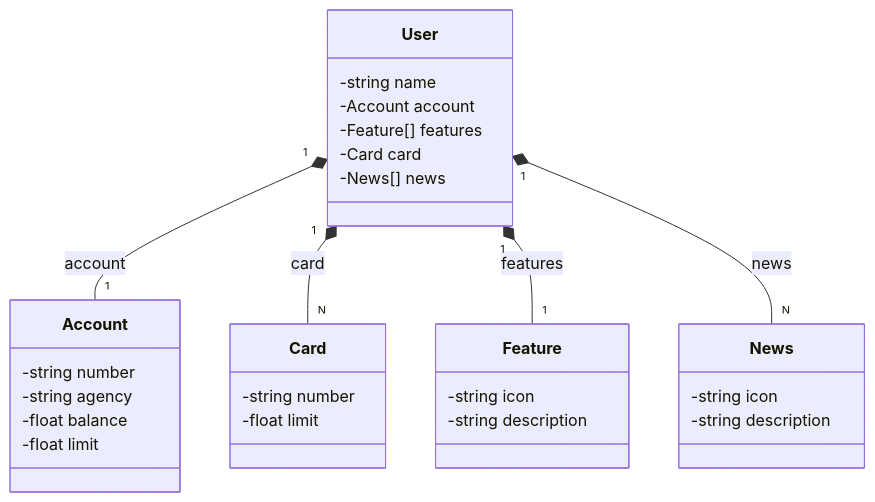
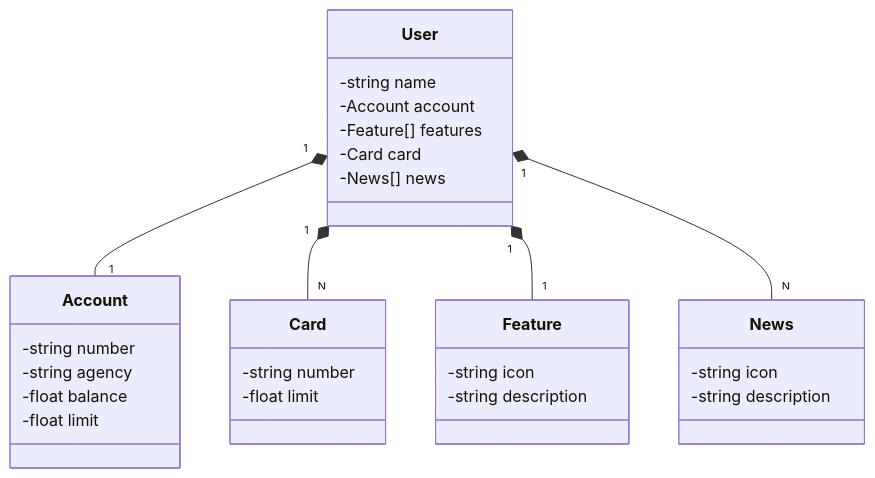
Before and after one commit to R4wd0g/santander-dev-week-2025: the diagram in README.md, drawn with Mermaid. The commit also changed 11 other files, not shown here.

````diff
--- a/README.md
+++ b/README.md
@@ -6,38 +6,38 @@
 ```mermaid
 classDiagram
     class User {
       -string name
       -Account account
       -Feature[] features
       -Card card
       -News[] news
     }
 
     class Account {
       -string number
       -string agency
       -float balance
       -float limit
     }
 
     class Card {
       -string number
       -float limit
     }
 
     class Feature {
       -string icon
       -string description
     }
 
     class News {
       -string icon
       -string description
     }
 
-    User "1" *-- "1" Account : account
-    User "1" *-- "N" Card : card
-    User "1" *-- "1" Feature : features
-    User "1" *-- "N" News : news
+    User "1" *-- "1" Account
+    User "1" *-- "N" Card
+    User "1" *-- "1" Feature
+    User "1" *-- "N" News
 
 ```
````
